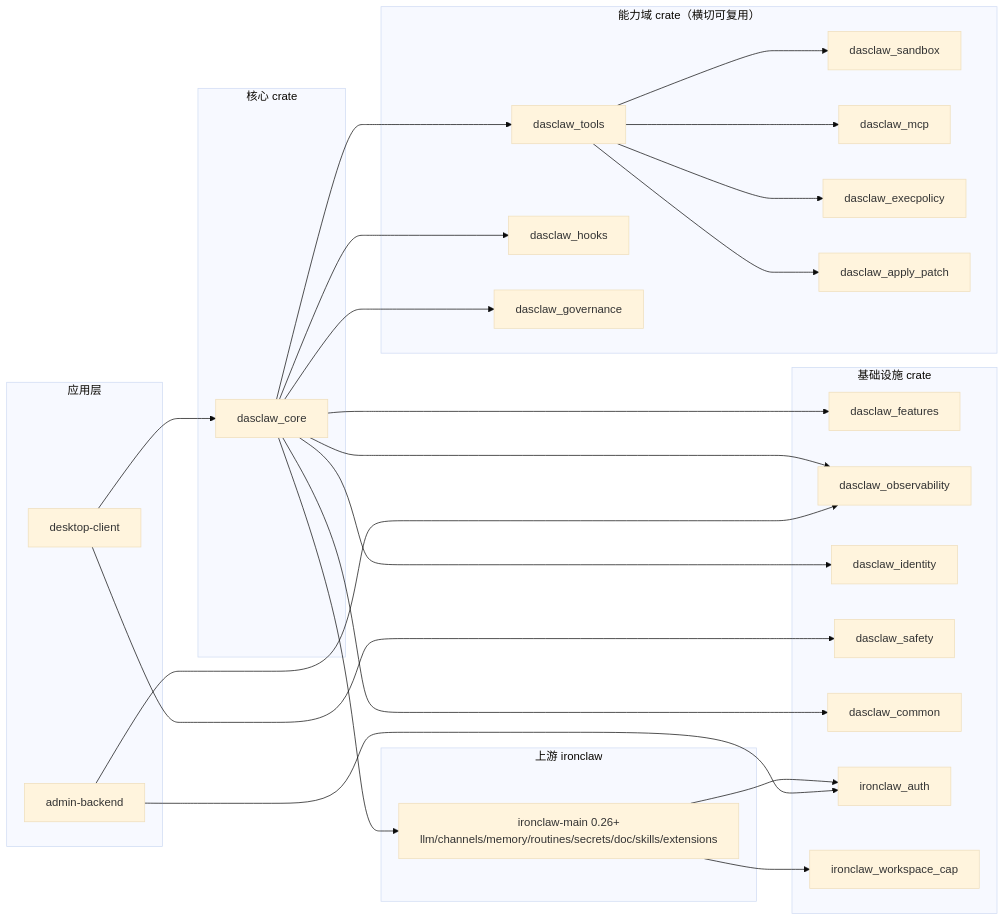
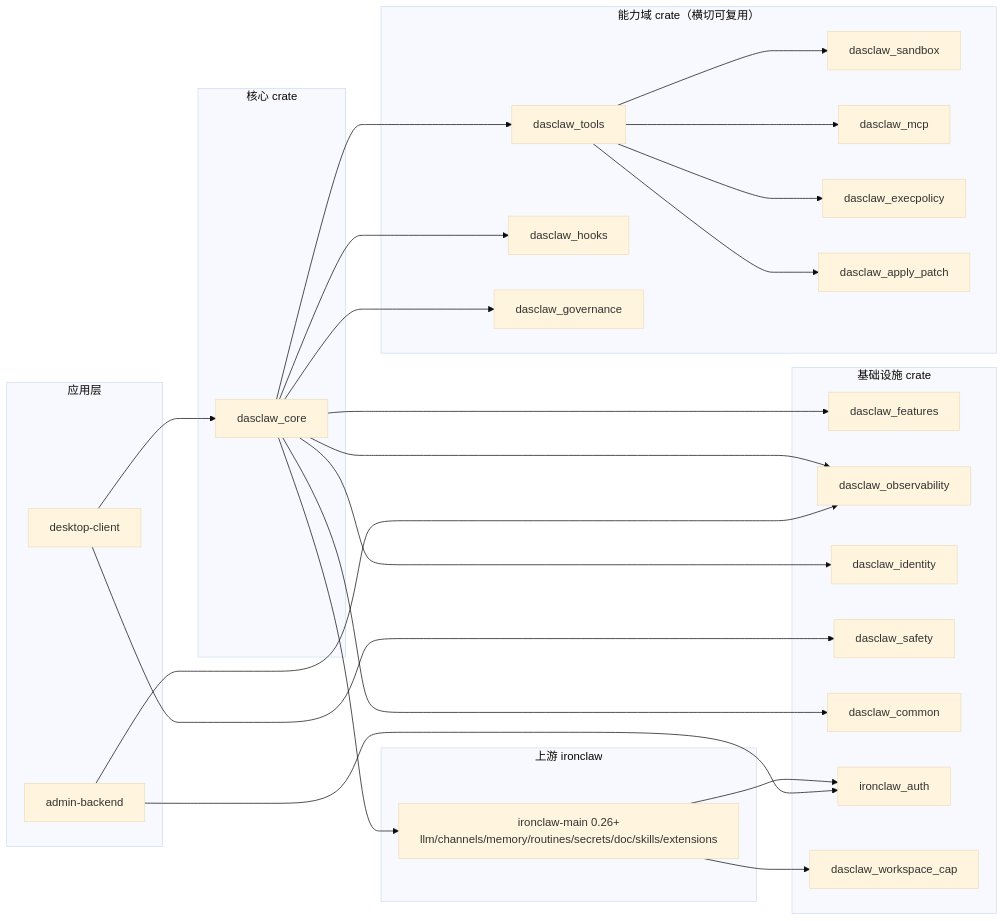
One commit to Linnanli/xClaw changed the second of 3 diagrams in docs/plans/architecture-refactor/31-target-architecture.md. Above: the diagram before and after it, drawn with Mermaid (base theme). The commit also changed other lines of this file and 16 other files, not shown here.

First line of the commit message:
feat(crate): B6-5 rename ironclaw_workspace_cap -> dasclaw_workspace_cap (ADR-114 Class B)

````diff
--- a/docs/plans/architecture-refactor/31-target-architecture.md
+++ b/docs/plans/architecture-refactor/31-target-architecture.md
@@ -358,50 +358,50 @@
 ```mermaid
 flowchart LR
     subgraph apps["应用层"]
         DT[desktop-client]
         AB[admin-backend]
     end
     subgraph core["核心 crate"]
         XC[dasclaw_core]
     end
     subgraph caps["能力域 crate（横切可复用）"]
         XT[dasclaw_tools]
         XS[dasclaw_sandbox]
         XH[dasclaw_hooks]
         XG[dasclaw_governance]
         XM[dasclaw_mcp]
         XE[dasclaw_execpolicy]
         XAP[dasclaw_apply_patch]
     end
     subgraph infra["基础设施 crate"]
         XF[dasclaw_features]
         XO[dasclaw_observability]
         XID[dasclaw_identity]
         XSF[dasclaw_safety]
         XCM[dasclaw_common]
         IA[ironclaw_auth]
-        IWC[ironclaw_workspace_cap]
+        IWC[dasclaw_workspace_cap]
     end
     subgraph upstream["上游 ironclaw"]
         IC[ironclaw-main 0.26+<br/>llm/channels/memory/routines/secrets/doc/skills/extensions]
     end
 
     DT --> XC
     DT --> XSF
     AB --> IA
     AB --> XO
     XC --> XT
     XC --> XH
     XC --> XG
     XC --> IC
     XT --> XS
     XT --> XM
     XT --> XE
     XT --> XAP
     XC --> XF
     XC --> XO
     XC --> XID
     XC --> XCM
     IC --> IA
     IC --> IWC
 ```
````
